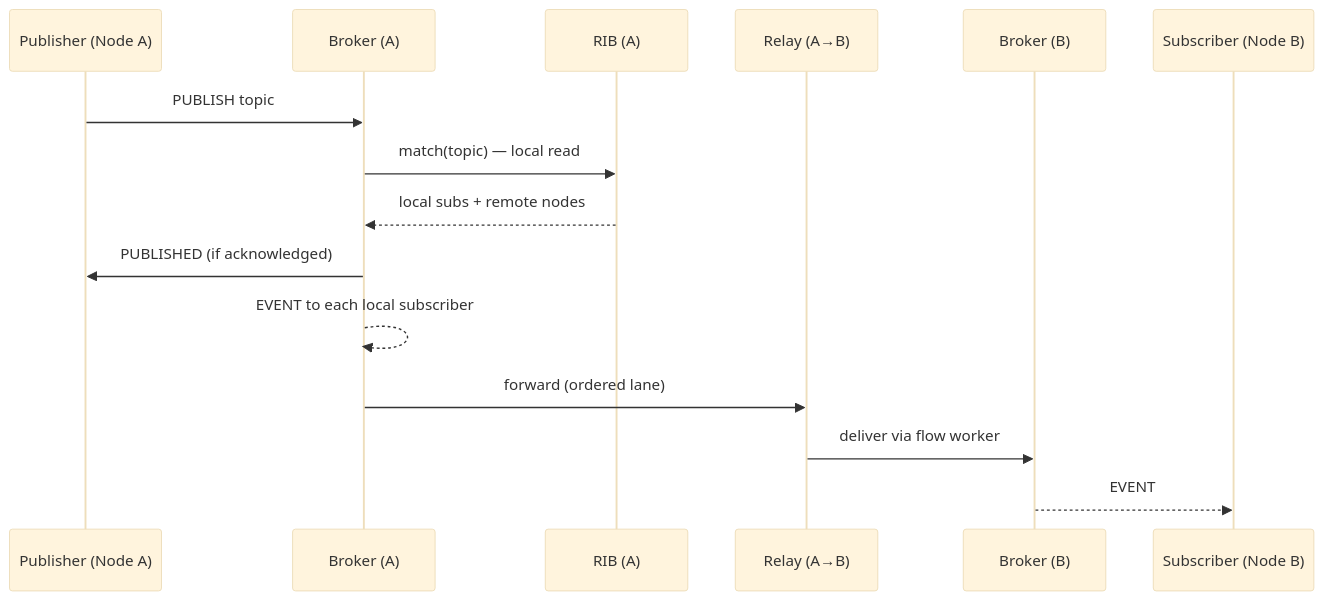
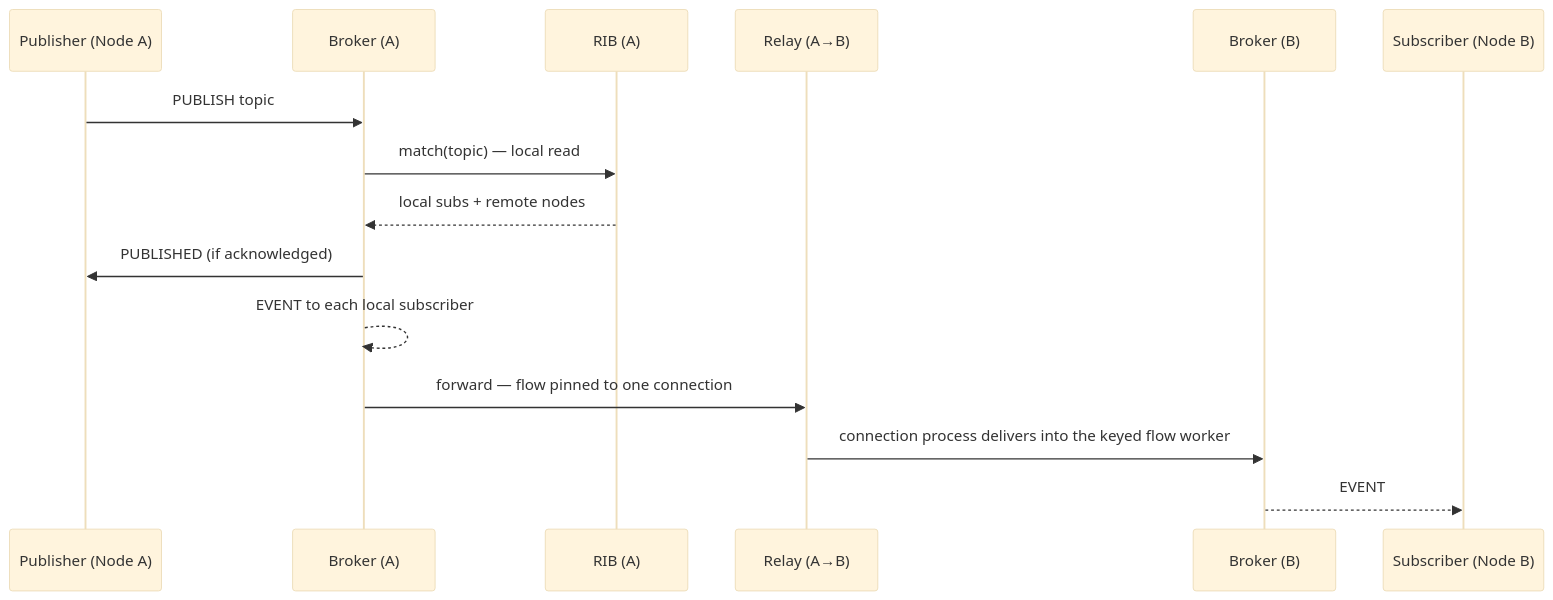
One commit to bondy-io/bondy changed the second of 2 diagrams in doc/guides/architecture/view_routing_plane.md. Above: the diagram before and after it, drawn with Mermaid (base theme). The commit also changed other lines of this file and 16 other files, not shown here.

````diff
--- a/doc/guides/architecture/view_routing_plane.md
+++ b/doc/guides/architecture/view_routing_plane.md
@@ -63,17 +63,17 @@
 ```mermaid
 sequenceDiagram
     participant P as Publisher (Node A)
     participant B as Broker (A)
     participant RIB as RIB (A)
     participant RL as Relay (A→B)
     participant B2 as Broker (B)
     participant S as Subscriber (Node B)
     P->>B: PUBLISH topic
     B->>RIB: match(topic)  — local read
     RIB-->>B: local subs + remote nodes
     B->>P: PUBLISHED (if acknowledged)
     B-->>B: EVENT to each local subscriber
-    B->>RL: forward (ordered lane)
-    RL->>B2: deliver via flow worker
+    B->>RL: forward — flow pinned to one connection
+    RL->>B2: connection process delivers into the keyed flow worker
     B2-->>S: EVENT
 ```
````
